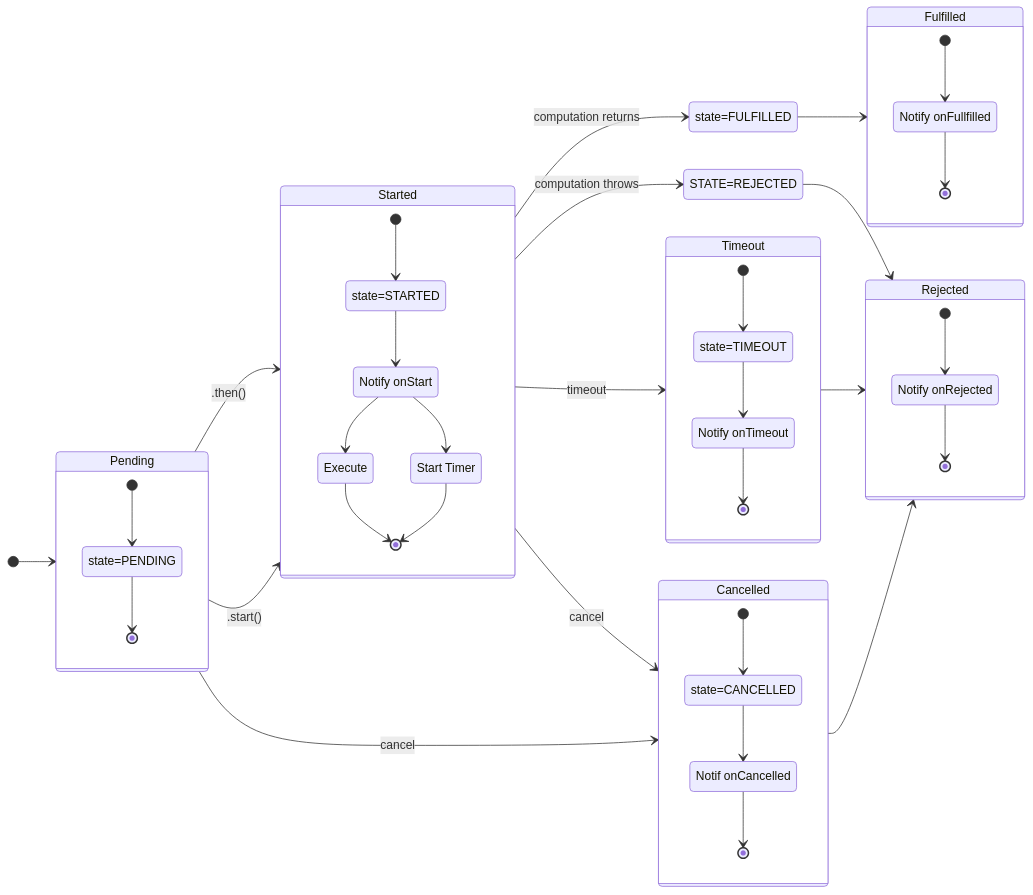
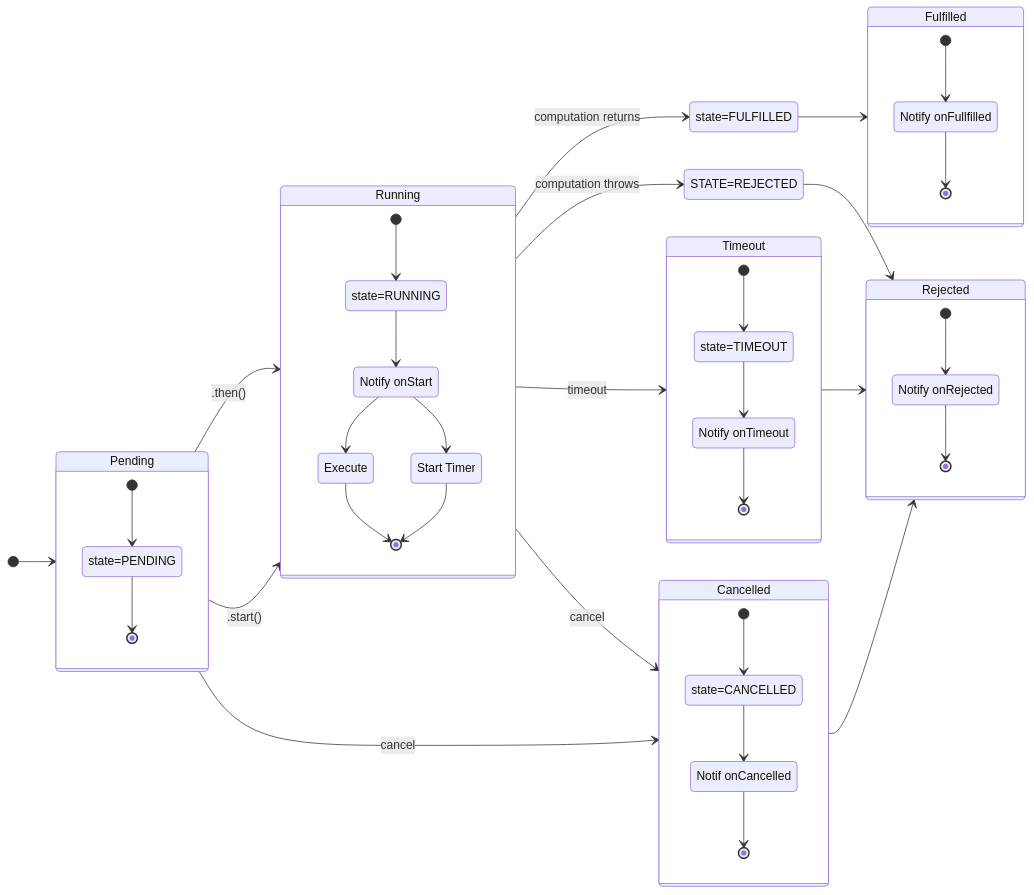
Before and after one commit to BobKerns/better-future: the diagram in src/assets/timeout.mmd, drawn with Mermaid. The commit also changed 12 other files, not shown here.

Commit message:
Rename STARTED to RUNNING

```diff
--- a/src/assets/timeout.mmd
+++ b/src/assets/timeout.mmd
@@ -1,56 +1,56 @@
 stateDiagram-v2
     direction LR
     [*] --> Pending
-    Pending --> Started : .then()
-    Pending --> Started : .start()
-    Started --> state=FULFILLED : computation returns
+    Pending --> Running : .then()
+    Pending --> Running : .start()
+    Running --> state=FULFILLED : computation returns
     state=FULFILLED --> Fulfilled
-    Started --> STATE=REJECTED : computation throws
+    Running --> STATE=REJECTED : computation throws
     STATE=REJECTED --> Rejected
-    Started --> Timeout : timeout
+    Running --> Timeout : timeout
     Timeout --> Rejected
     Pending --> Cancelled : cancel
-    Started --> Cancelled : cancel
+    Running --> Cancelled : cancel
     Cancelled --> Rejected
 
     state Pending {
       [*] --> state=PENDING
       state=PENDING --> [*]
     }
 
-    state Started {
-      [*] --> state=STARTED
-      state=STARTED --> NotifyStarted
+    state Running {
+      [*] --> state=RUNNING
+      state=RUNNING --> NotifyStarted
       NotifyStarted --> Timer
       NotifyStarted --> Execute
       Execute --> [*]
       Timer --> [*]
       Timer : Start Timer
       NotifyStarted : Notify onStart
     }
 
     state Fulfilled {
       [*] --> NotifyFulfilled
       NotifyFulfilled --> [*]
       NotifyFulfilled : Notify onFullfilled
     }
 
     state Rejected {
       [*] --> NotifyRejected
       NotifyRejected --> [*]
       NotifyRejected : Notify onRejected
     }
 
     state Timeout {
       [*] --> state=TIMEOUT
       state=TIMEOUT --> NotifyTimeout
       NotifyTimeout --> [*]
       NotifyTimeout : Notify onTimeout
     }
 
     state Cancelled {
       [*] --> state=CANCELLED
       state=CANCELLED --> NotifyCancelled
       NotifyCancelled --> [*]
       NotifyCancelled: Notif onCancelled
     }
```
